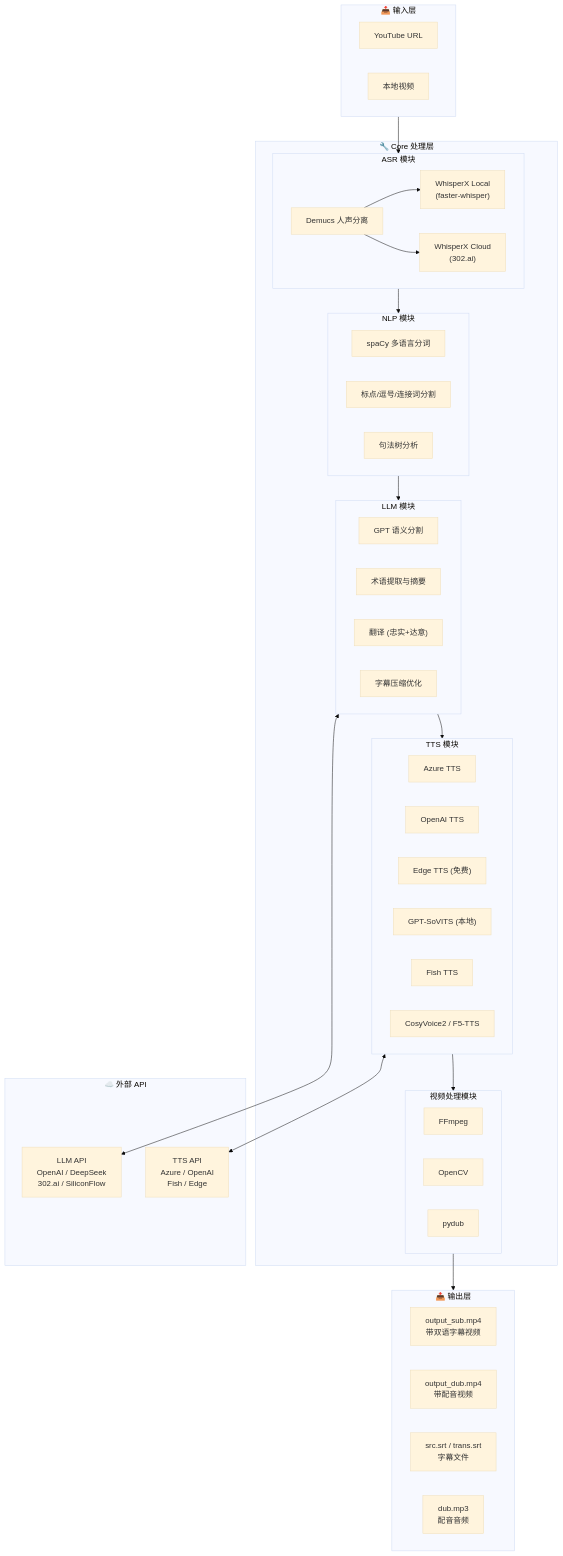
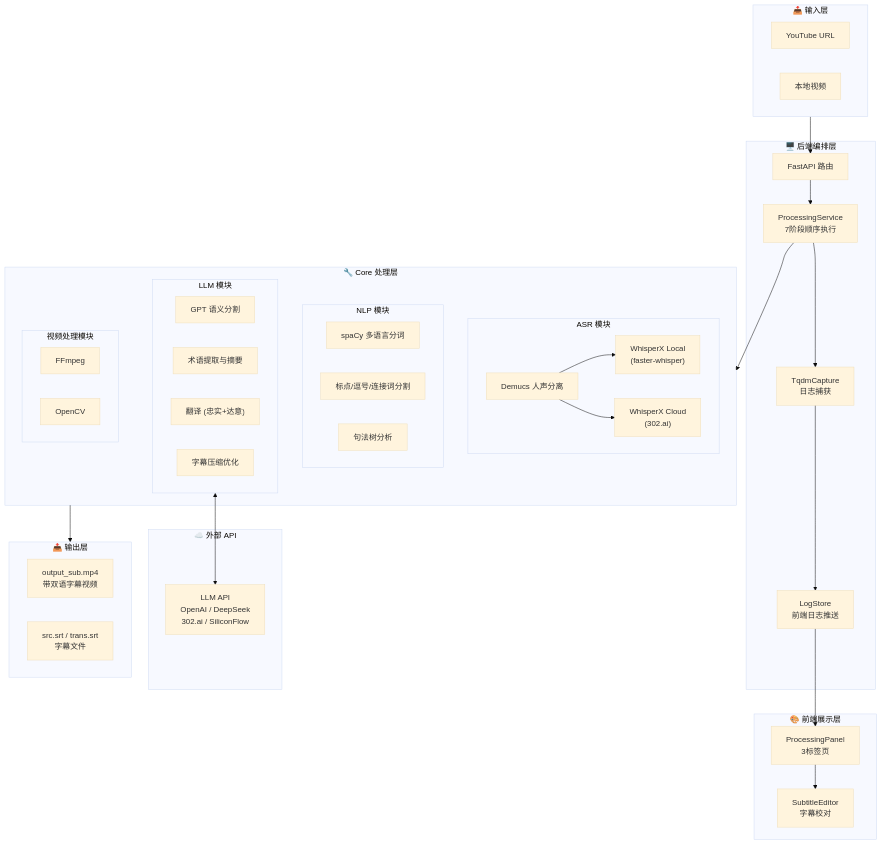
One commit to NuoManDai/VedioAITranslateSub changed the first of 21 diagrams in docs/ARCHITECTURE.md. Above: the diagram before and after it, drawn with Mermaid (base theme). The commit also changed other lines of this file and 1 other file, not shown here.

````diff
--- a/docs/ARCHITECTURE.md
+++ b/docs/ARCHITECTURE.md
@@ -42,67 +53,67 @@
 ```mermaid
 flowchart TB
     subgraph Input["📥 输入层"]
         YT[YouTube URL]
         Local[本地视频]
+    end
+
+    subgraph Backend["🖥️ 后端编排层"]
+        FastAPI["FastAPI 路由"]
+        PS["ProcessingService<br/>7阶段顺序执行"]
+        TC["TqdmCapture<br/>日志捕获"]
+        LS["LogStore<br/>前端日志推送"]
     end
 
     subgraph Core["🔧 Core 处理层"]
         subgraph ASR["ASR 模块"]
             Demucs["Demucs 人声分离"]
             WhisperLocal["WhisperX Local<br/>(faster-whisper)"]
             WhisperCloud["WhisperX Cloud<br/>(302.ai)"]
             Demucs --> WhisperLocal
             Demucs --> WhisperCloud
         end
         
         subgraph NLP["NLP 模块"]
             SpaCy["spaCy 多语言分词"]
             Split["标点/逗号/连接词分割"]
             SyntaxTree["句法树分析"]
         end
         
         subgraph LLM["LLM 模块"]
             SemanticSplit["GPT 语义分割"]
             TermExtract["术语提取与摘要"]
             Translate["翻译 (忠实+达意)"]
             SubCompress["字幕压缩优化"]
         end
         
-        subgraph TTS["TTS 模块"]
-            AzureTTS["Azure TTS"]
-            OpenAITTS["OpenAI TTS"]
-            EdgeTTS["Edge TTS (免费)"]
-            GPTSOVITS["GPT-SoVITS (本地)"]
-            FishTTS["Fish TTS"]
-            CosyVoice["CosyVoice2 / F5-TTS"]
-        end
-        
         subgraph Video["视频处理模块"]
             FFmpeg["FFmpeg"]
             OpenCV["OpenCV"]
-            Pydub["pydub"]
         end
+    end
+
+    subgraph Frontend["🎨 前端展示层"]
+        PP["ProcessingPanel<br/>3标签页"]
+        SE["SubtitleEditor<br/>字幕校对"]
     end
 
     subgraph External["☁️ 外部 API"]
         LLMAPI["LLM API<br/>OpenAI / DeepSeek<br/>302.ai / SiliconFlow"]
-        TTSAPI["TTS API<br/>Azure / OpenAI<br/>Fish / Edge"]
     end
 
     subgraph Output["📤 输出层"]
         SubVideo["output_sub.mp4<br/>带双语字幕视频"]
-        DubVideo["output_dub.mp4<br/>带配音视频"]
         SRT["src.srt / trans.srt<br/>字幕文件"]
-        DubAudio["dub.mp3<br/>配音音频"]
     end
 
-    Input --> ASR
-    ASR --> NLP
-    NLP --> LLM
-    LLM --> TTS
-    TTS --> Video
-    Video --> Output
+    Input --> FastAPI
+    FastAPI --> PS
+    PS --> TC
+    TC --> LS
+    LS --> PP
+    PS --> Core
+    Core --> Output
     
     LLM <--> LLMAPI
-    TTS <--> TTSAPI
+    PP --> SE
 ```
````
